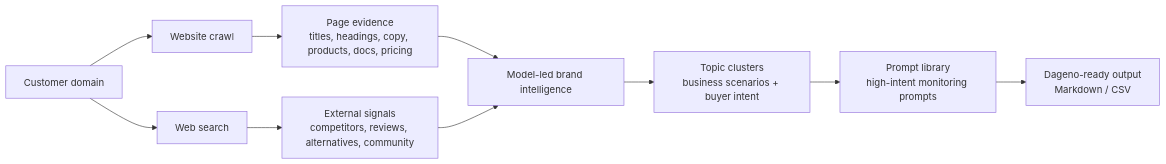
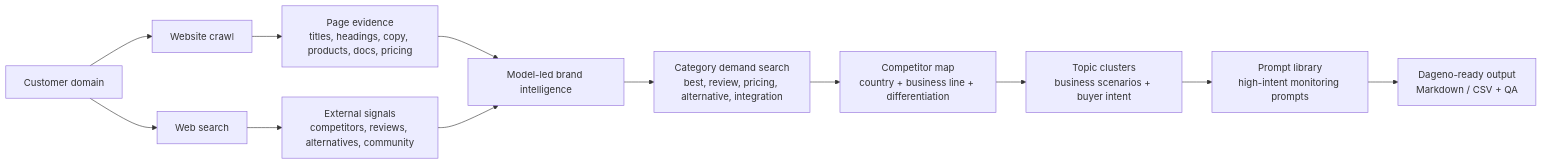
The diagram in README.md (dageno-agents/dageno-online-topic-prompt-generator), drawn with Mermaid before and after one commit. The commit also changed other lines of this file and 15 other files, not shown here.

Commit message:
Add evidence-backed topic prompt workflow

````diff
--- a/README.md
+++ b/README.md
@@ -41,12 +43,14 @@
 ```mermaid
 flowchart LR
   A["Customer domain"] --> B["Website crawl"]
   B --> C["Page evidence<br/>titles, headings, copy, products, docs, pricing"]
   A --> D["Web search"]
   D --> E["External signals<br/>competitors, reviews, alternatives, community"]
   C --> F["Model-led brand intelligence"]
   E --> F
-  F --> G["Topic clusters<br/>business scenarios + buyer intent"]
-  G --> H["Prompt library<br/>high-intent monitoring prompts"]
-  H --> I["Dageno-ready output<br/>Markdown / CSV"]
+  F --> G["Category demand search<br/>best, review, pricing, alternative, integration"]
+  G --> H["Competitor map<br/>country + business line + differentiation"]
+  H --> I["Topic clusters<br/>business scenarios + buyer intent"]
+  I --> J["Prompt library<br/>high-intent monitoring prompts"]
+  J --> K["Dageno-ready output<br/>Markdown / CSV + QA"]
 ```
````
